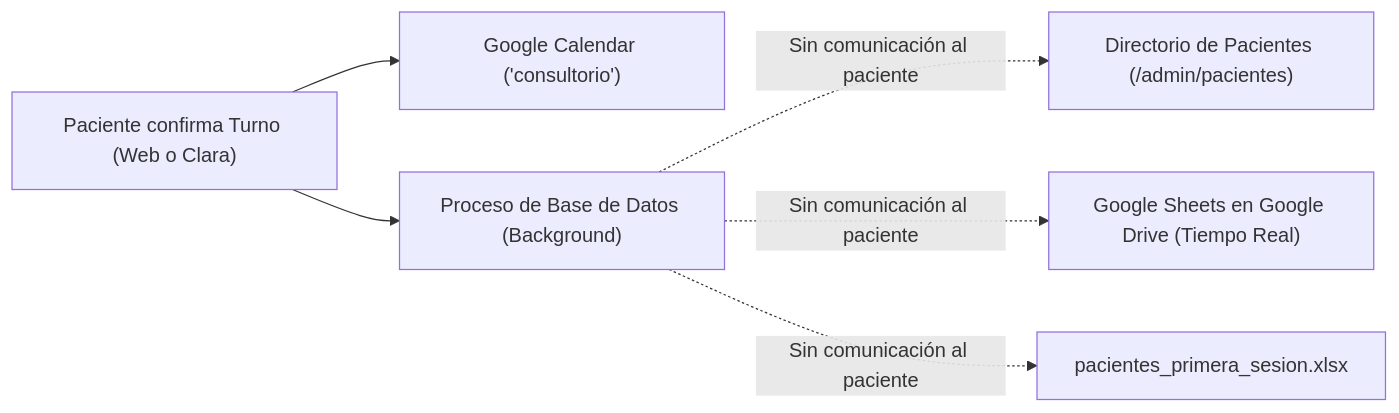
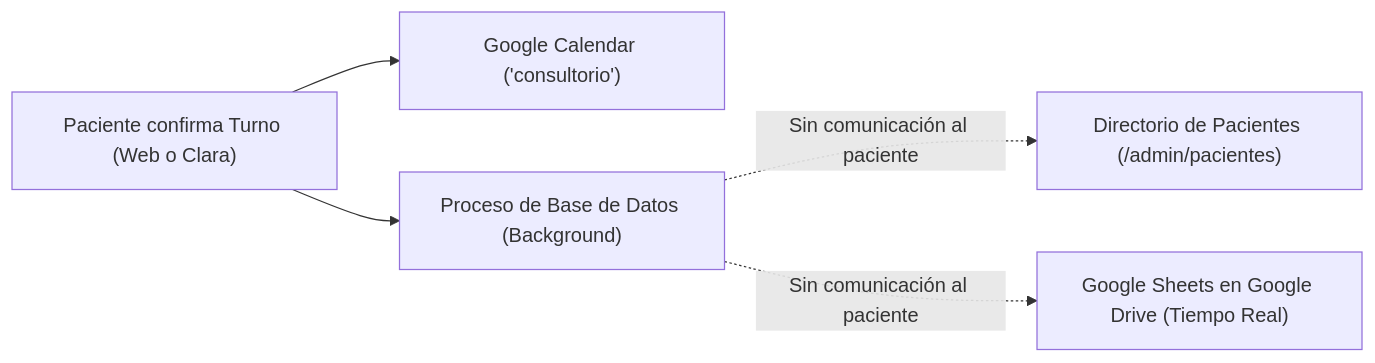
The second of 2 diagrams in docs/manual-clara.md (MartinBrude/kinesica), drawn with Mermaid before and after one commit. The commit also changed other lines of this file and 4 other files, not shown here.

````diff
--- a/docs/manual-clara.md
+++ b/docs/manual-clara.md
@@ -507,8 +458,7 @@
 ```mermaid
 flowchart LR
     A["Paciente confirma Turno (Web o Clara)"] --> B["Google Calendar ('consultorio')"]
     A --> C["Proceso de Base de Datos (Background)"]
     C -.->|Sin comunicación al paciente| D["Directorio de Pacientes (/admin/pacientes)"]
     C -.->|Sin comunicación al paciente| E["Google Sheets en Google Drive (Tiempo Real)"]
-    C -.->|Sin comunicación al paciente| F["pacientes_primera_sesion.xlsx"]
 ```
````
